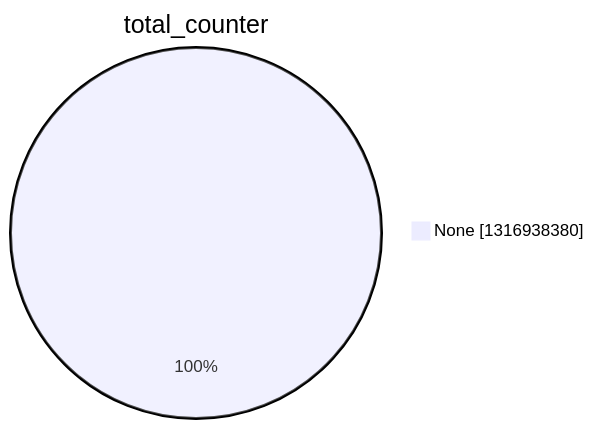
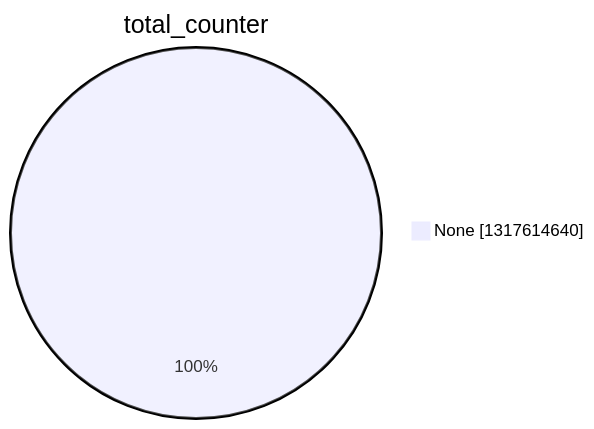
The second of 15 diagrams in argon2022/README.md (christiankrug/ctmonitor_visualization), drawn with Mermaid before and after one commit. The commit also changed other lines of this file, not shown here.

````diff
--- a/argon2022/README.md
+++ b/argon2022/README.md
@@ -9,5 +9,5 @@
 ```mermaid
 pie showData
 title total_counter
-"None" :1316938380
+"None" :1317614640
 ```
````
